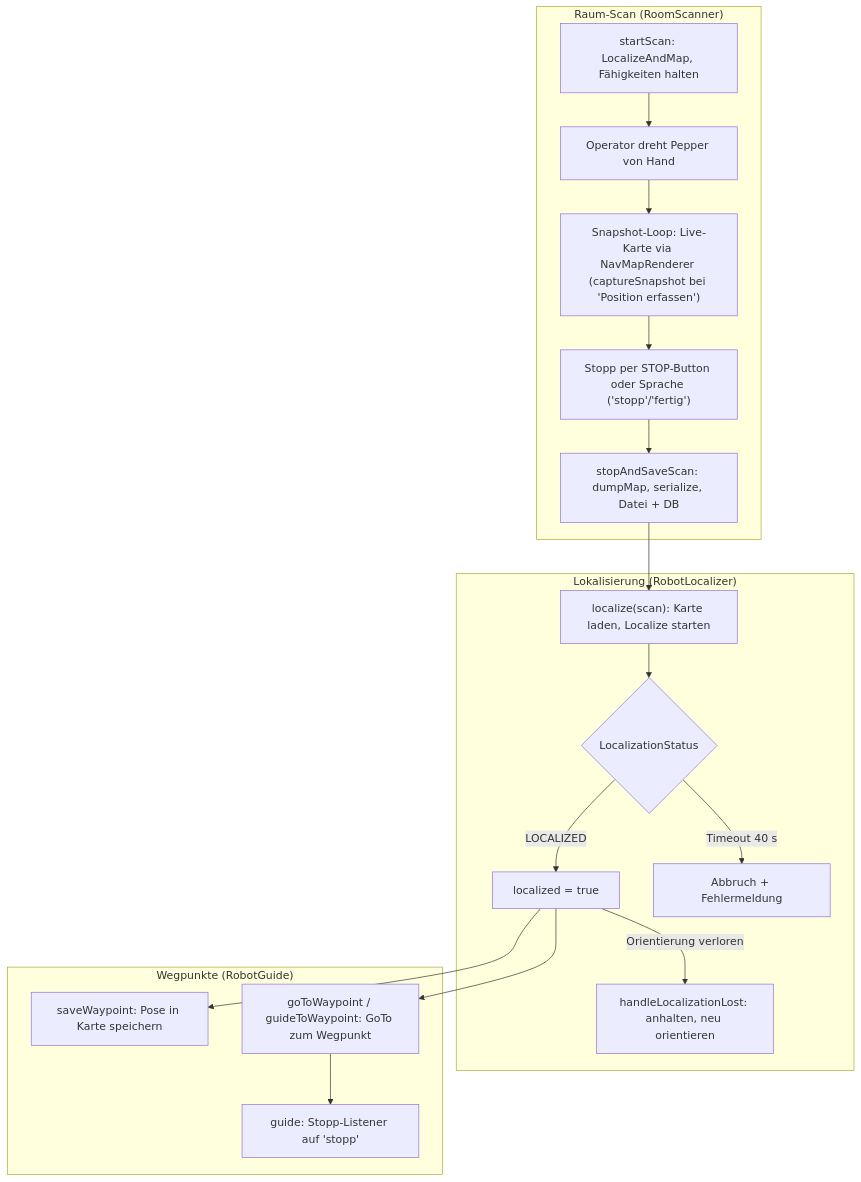
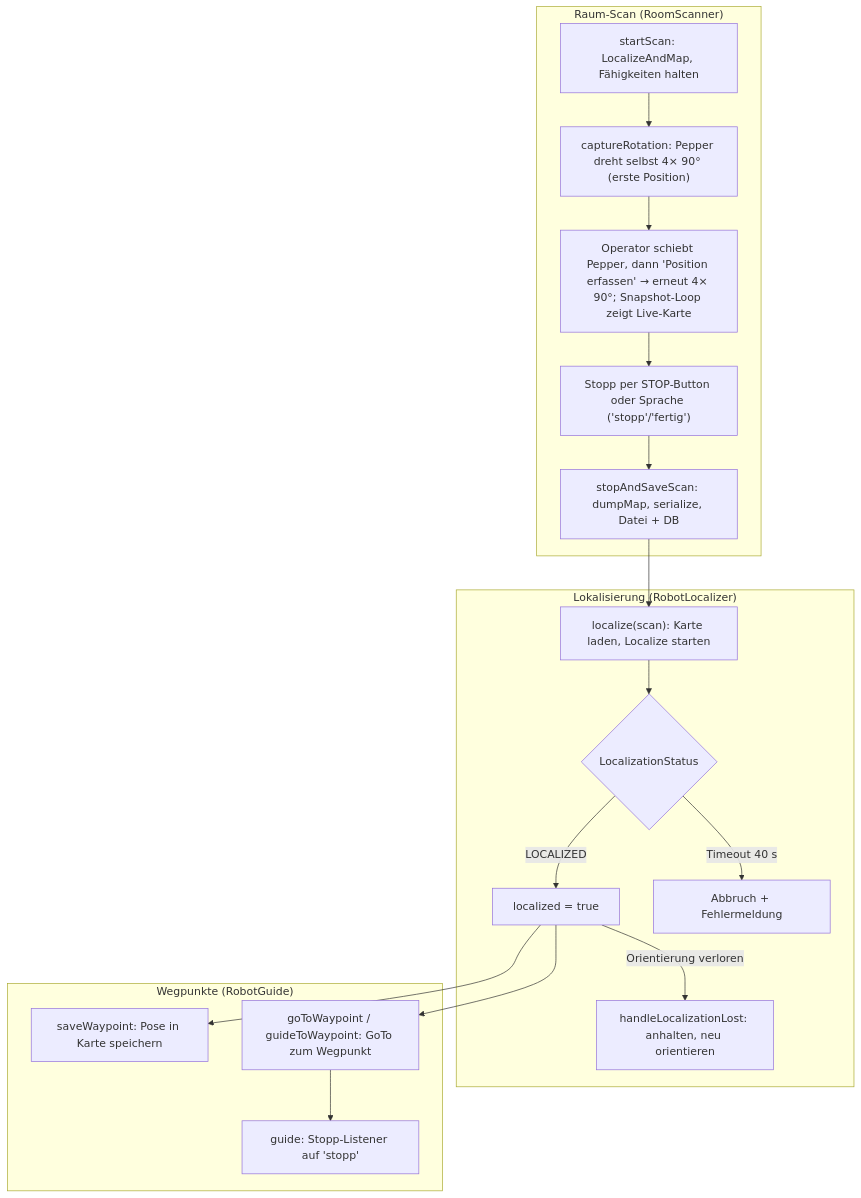
Before and after one commit to nijasc/Pepper: the third of 7 diagrams in FLOWS.md, drawn with Mermaid. The commit also changed 2 other files, not shown here.

Commit message:
Raum-Scan: Texte, Hinweise und Doku auf Selbst-Drehung umgestellt
Hinweis-String, FLOWS.md und TUTORIALS.md beschreiben jetzt den neuen
Ablauf: Pepper dreht selbst 4x 90 Grad, Operator schiebt nur noch und
tippt 'Aktuelle Position erfassen'.

````diff
--- a/FLOWS.md
+++ b/FLOWS.md
@@ -79,24 +79,24 @@
 ```mermaid
 flowchart TD
     subgraph Scan["Raum-Scan (RoomScanner)"]
-        S1["startScan: LocalizeAndMap, Fähigkeiten halten"] --> S2["Operator dreht Pepper von Hand"]
-        S2 --> S3["Snapshot-Loop: Live-Karte via NavMapRenderer (captureSnapshot bei 'Position erfassen')"]
+        S1["startScan: LocalizeAndMap, Fähigkeiten halten"] --> S2["captureRotation: Pepper dreht selbst 4× 90° (erste Position)"]
+        S2 --> S3["Operator schiebt Pepper, dann 'Position erfassen' → erneut 4× 90°; Snapshot-Loop zeigt Live-Karte"]
         S3 --> S4["Stopp per STOP-Button oder Sprache ('stopp'/'fertig')"]
         S4 --> S5["stopAndSaveScan: dumpMap, serialize, Datei + DB"]
     end
     subgraph Loc["Lokalisierung (RobotLocalizer)"]
         L1["localize(scan): Karte laden, Localize starten"] --> L2{LocalizationStatus}
         L2 -->|LOCALIZED| L3["localized = true"]
         L2 -->|Timeout 40 s| L4["Abbruch + Fehlermeldung"]
         L3 -->|Orientierung verloren| L5["handleLocalizationLost: anhalten, neu orientieren"]
     end
     subgraph Drive["Wegpunkte (RobotGuide)"]
         D1["saveWaypoint: Pose in Karte speichern"]
         D2["goToWaypoint / guideToWaypoint: GoTo zum Wegpunkt"]
         D3["guide: Stopp-Listener auf 'stopp'"]
     end
     S5 --> L1
     L3 --> D1
     L3 --> D2
     D2 --> D3
 ```
````
